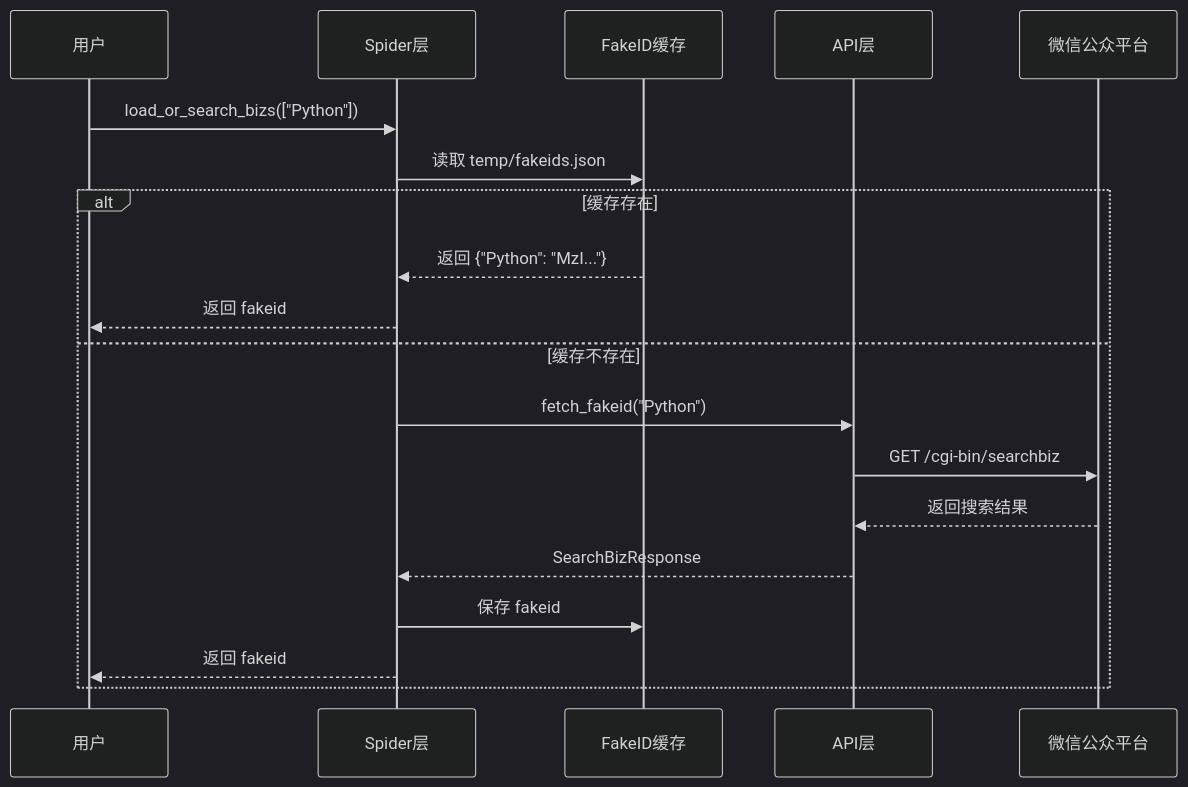
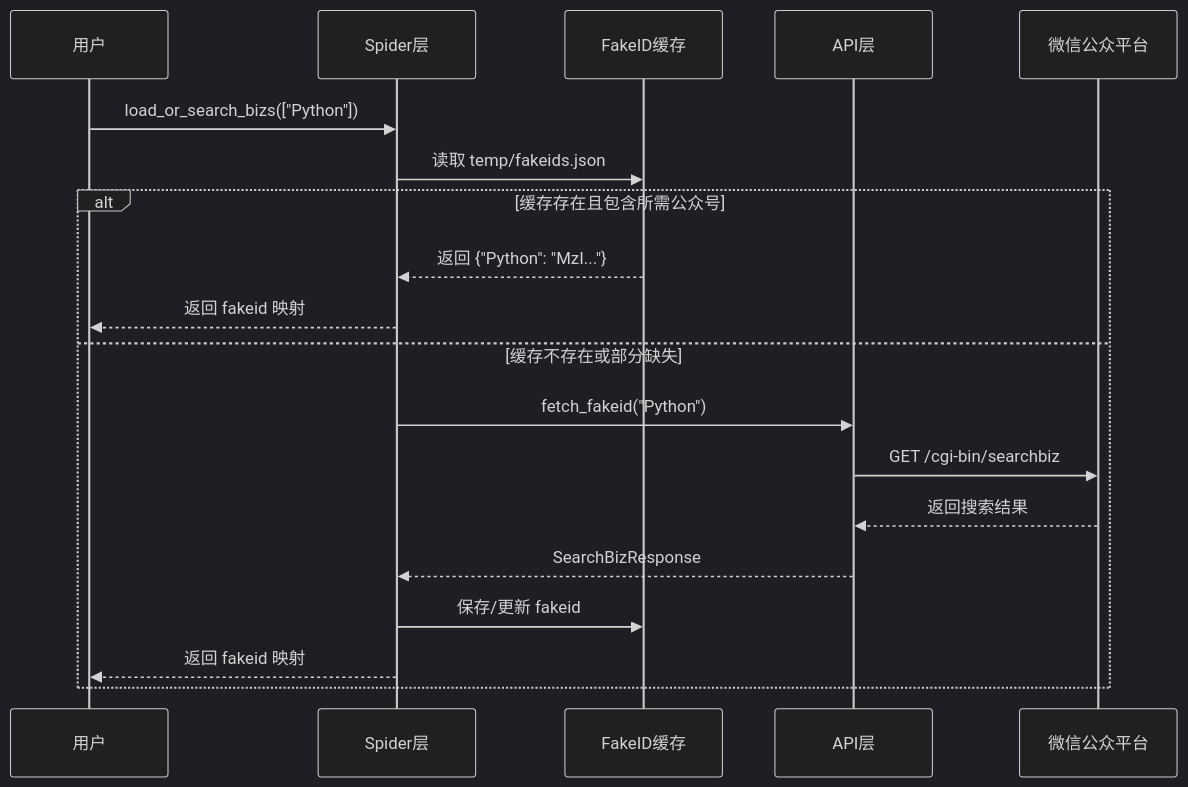
Before and after one commit to morning-start/wxmp: the second of 10 diagrams in wiki/数据流动与状态管理.md, drawn with Mermaid (dark theme). The commit also changed other lines of this file and 10 other files, not shown here.

````diff
--- a/wiki/数据流动与状态管理.md
+++ b/wiki/数据流动与状态管理.md
@@ -28,23 +34,23 @@
 ```mermaid
 sequenceDiagram
     participant User as 用户
     participant Spider as Spider层
     participant Cache as FakeID缓存
     participant API as API层
     participant WxMP as 微信公众平台
 
     User->>Spider: load_or_search_bizs(["Python"])
     Spider->>Cache: 读取 temp/fakeids.json
 
-    alt 缓存存在
+    alt 缓存存在且包含所需公众号
         Cache-->>Spider: 返回 {"Python": "MzI..."}
-        Spider-->>User: 返回 fakeid
-    else 缓存不存在
+        Spider-->>User: 返回 fakeid 映射
+    else 缓存不存在或部分缺失
         Spider->>API: fetch_fakeid("Python")
         API->>WxMP: GET /cgi-bin/searchbiz
         WxMP-->>API: 返回搜索结果
         API-->>Spider: SearchBizResponse
-        Spider->>Cache: 保存 fakeid
-        Spider-->>User: 返回 fakeid
+        Spider->>Cache: 保存/更新 fakeid
+        Spider-->>User: 返回 fakeid 映射
     end
 ```
````
